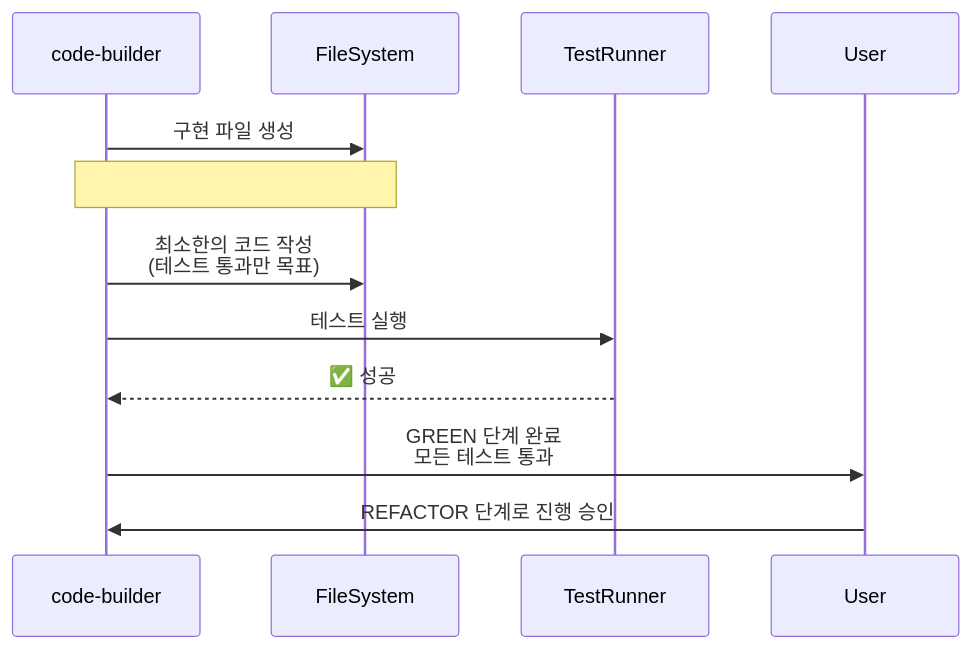
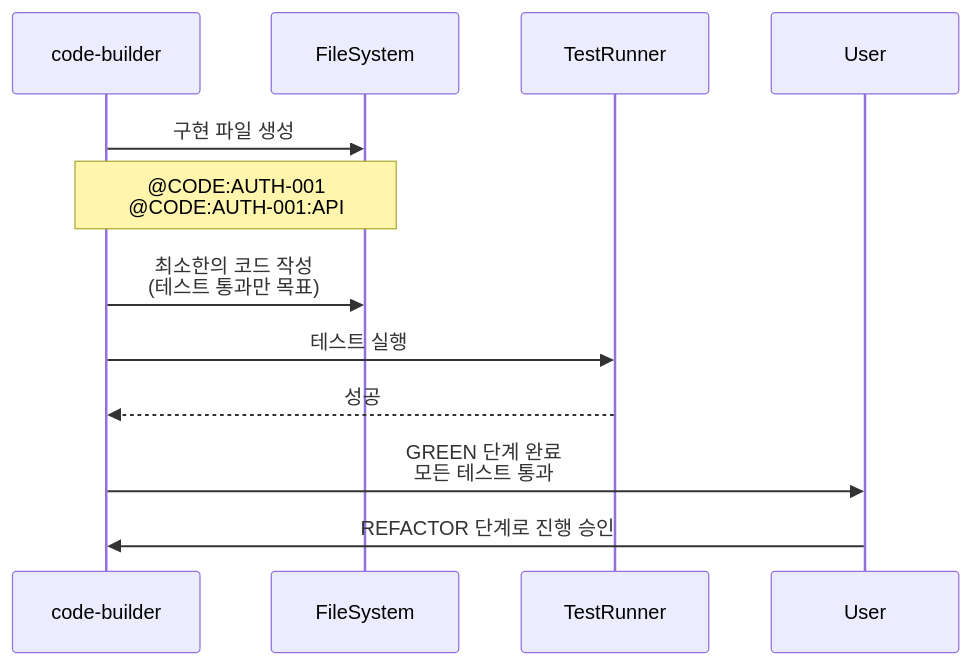
One commit to modu-ai/moai-adk changed the fourth of 7 diagrams in docs/claude/agents/code-builder.md. Above: the diagram before and after it, drawn with Mermaid. The commit also changed other lines of this file and 19 other files, not shown here.

First line of the commit message:
🎨 fix: docs 전체 Mermaid 다이어그램 특수문자 오류 수정 (19개 파일)

````diff
--- a/docs/claude/agents/code-builder.md
+++ b/docs/claude/agents/code-builder.md
@@ -257,20 +257,20 @@
 ```mermaid
 sequenceDiagram
     participant CB as code-builder
     participant FS as FileSystem
     participant TestRunner
     participant User
 
     CB->>FS: 구현 파일 생성
 
-    Note over CB,FS: # @CODE:AUTH-001<br/># @CODE:AUTH-001:API
+    Note over CB,FS: @CODE:AUTH-001<br/>@CODE:AUTH-001:API
 
     CB->>FS: 최소한의 코드 작성<br/>(테스트 통과만 목표)
 
     CB->>TestRunner: 테스트 실행
-    TestRunner-->>CB: ✅ 성공
+    TestRunner-->>CB: 성공
 
     CB->>User: GREEN 단계 완료<br/>모든 테스트 통과
 
     User->>CB: REFACTOR 단계로 진행 승인
 ```
````
